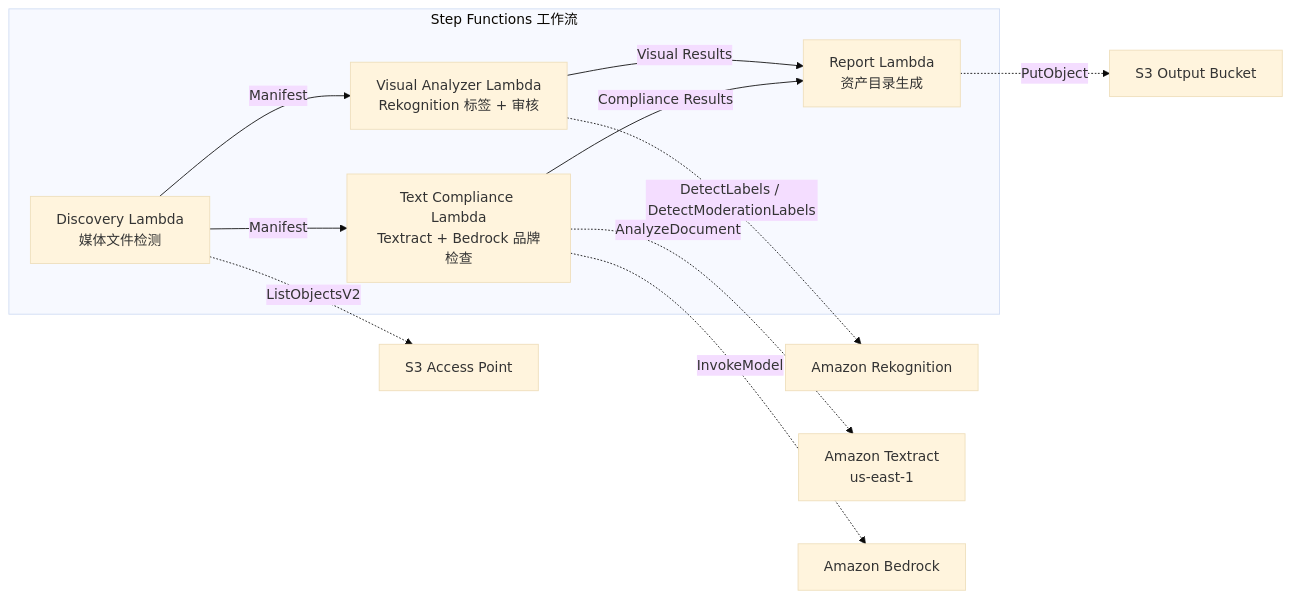
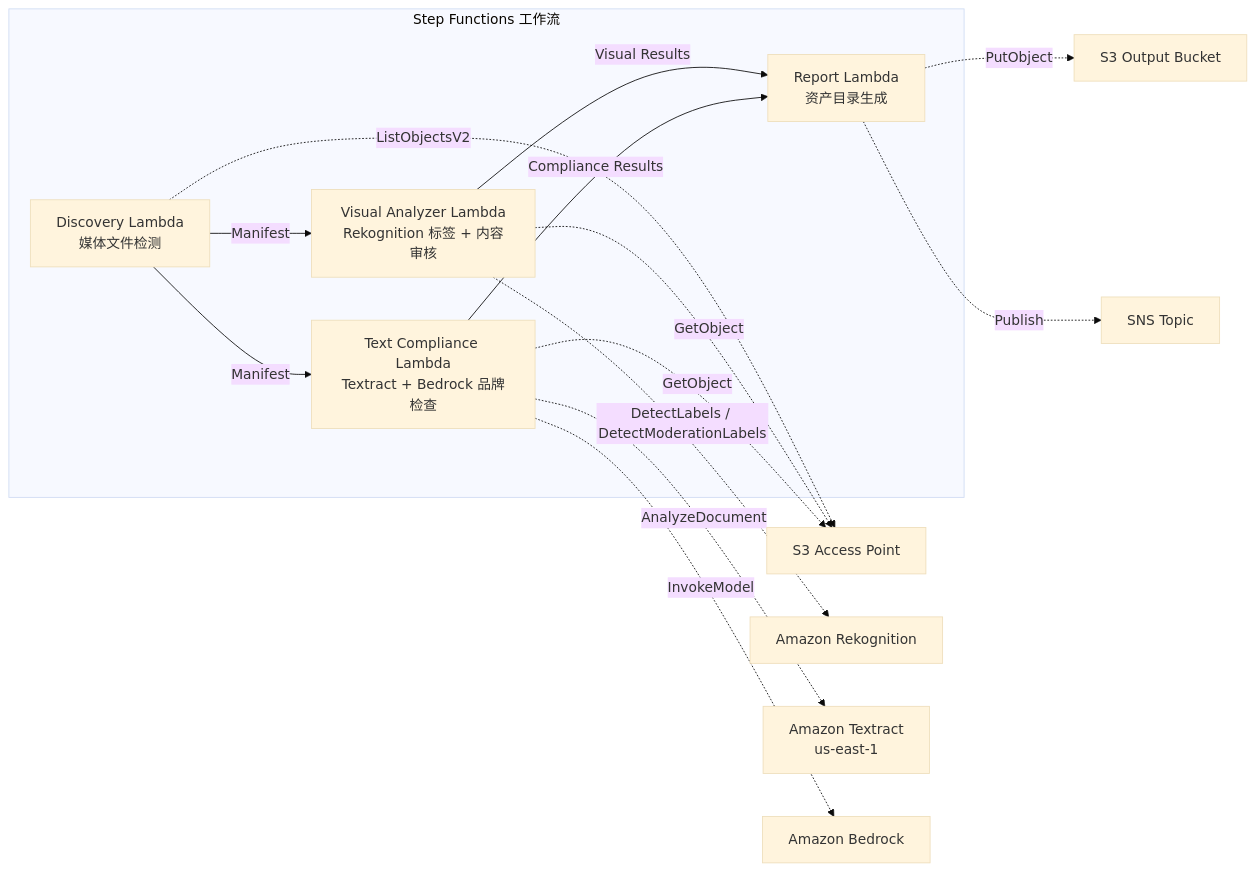
One commit to Yoshiki0705/FSx-for-ONTAP-S3AccessPoints-Serverless-Patterns changed the diagram in solutions/industry/adtech-creative-management/README.zh-CN.md. Above: the diagram before and after it, drawn with Mermaid (base theme). The commit also changed other lines of this file and 20 other files, not shown here.

````diff
--- a/solutions/industry/adtech-creative-management/README.zh-CN.md
+++ b/solutions/industry/adtech-creative-management/README.zh-CN.md
@@ -48,20 +60,23 @@
 ```mermaid
 graph LR
     subgraph "Step Functions 工作流"
         D[Discovery Lambda<br/>媒体文件检测]
-        VA[Visual Analyzer Lambda<br/>Rekognition 标签 + 审核]
+        VA[Visual Analyzer Lambda<br/>Rekognition 标签 + 内容审核]
         TC[Text Compliance Lambda<br/>Textract + Bedrock 品牌检查]
         R[Report Lambda<br/>资产目录生成]
     end
 
     D -->|Manifest| VA
     D -->|Manifest| TC
     VA -->|Visual Results| R
     TC -->|Compliance Results| R
 
     D -.->|ListObjectsV2| S3AP[S3 Access Point]
+    VA -.->|GetObject| S3AP
     VA -.->|DetectLabels / DetectModerationLabels| REK[Amazon Rekognition]
+    TC -.->|GetObject| S3AP
     TC -.->|AnalyzeDocument| TXT[Amazon Textract<br/>us-east-1]
     TC -.->|InvokeModel| BDR[Amazon Bedrock]
     R -.->|PutObject| S3OUT[S3 Output Bucket]
+    R -.->|Publish| SNS[SNS Topic]
 ```
````
